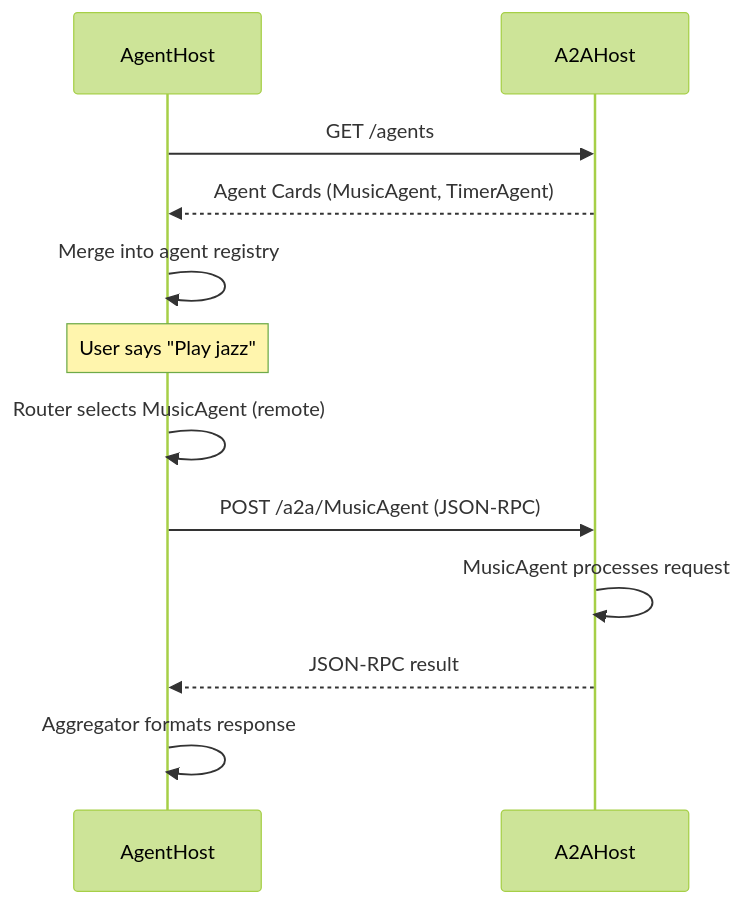
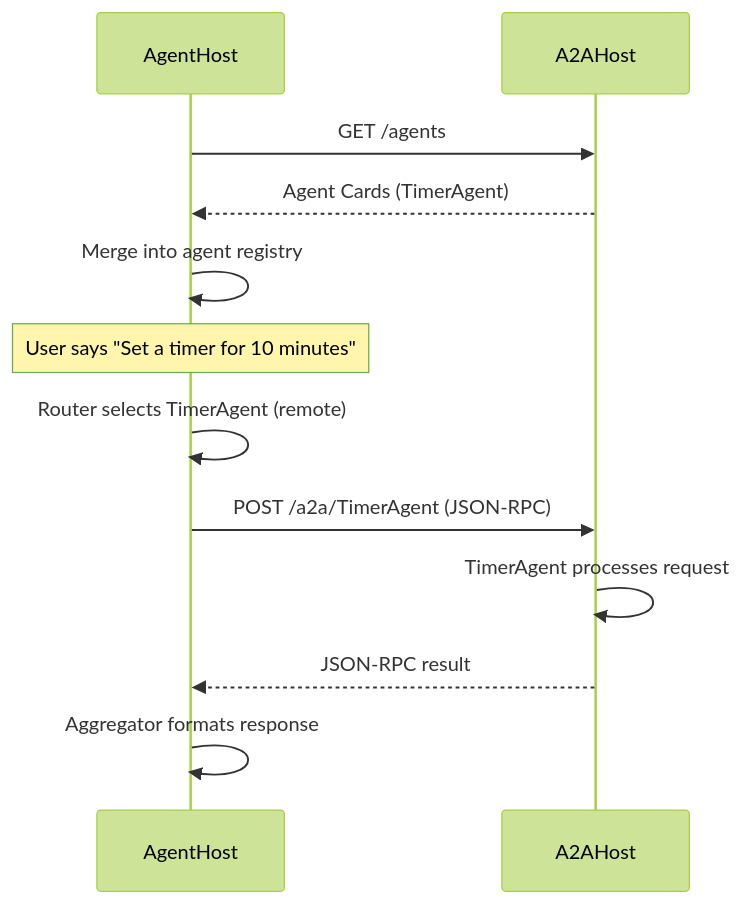
Before and after one commit to seiggy/lucia.ai: the diagram in docs/architecture/a2a-protocol.md, drawn with Mermaid (forest theme). The commit also changed other lines of this file and 12 other files, not shown here.

First line of the commit message:
docs: update Music Agent to always run in-process

````diff
--- a/docs/architecture/a2a-protocol.md
+++ b/docs/architecture/a2a-protocol.md
@@ -145,17 +135,17 @@
 ```mermaid
 sequenceDiagram
     participant AH as AgentHost
     participant A2A as A2AHost
 
     AH->>A2A: GET /agents
-    A2A-->>AH: Agent Cards (MusicAgent, TimerAgent)
+    A2A-->>AH: Agent Cards (TimerAgent)
     AH->>AH: Merge into agent registry
 
-    Note over AH: User says "Play jazz"
+    Note over AH: User says "Set a timer for 10 minutes"
 
-    AH->>AH: Router selects MusicAgent (remote)
-    AH->>A2A: POST /a2a/MusicAgent (JSON-RPC)
-    A2A->>A2A: MusicAgent processes request
+    AH->>AH: Router selects TimerAgent (remote)
+    AH->>A2A: POST /a2a/TimerAgent (JSON-RPC)
+    A2A->>A2A: TimerAgent processes request
     A2A-->>AH: JSON-RPC result
     AH->>AH: Aggregator formats response
 ```
````
